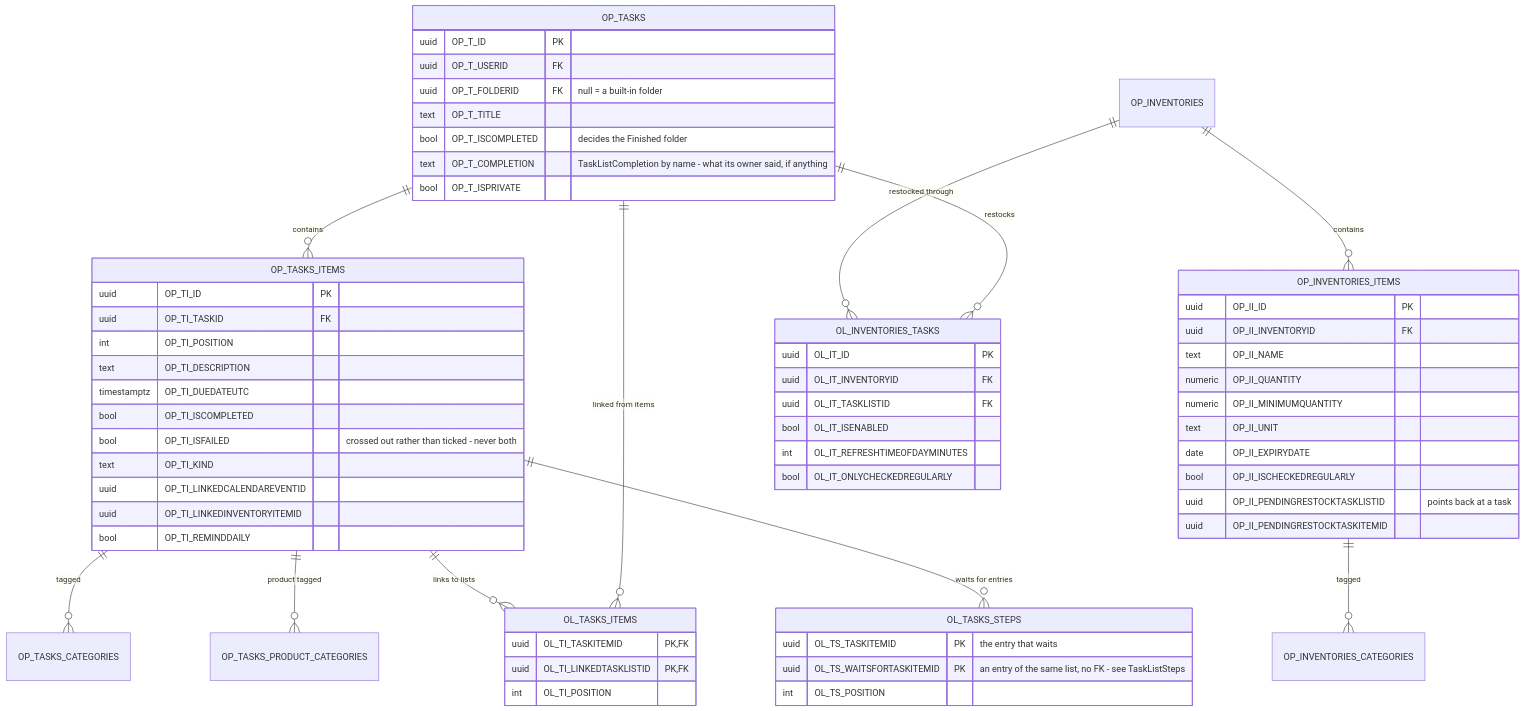
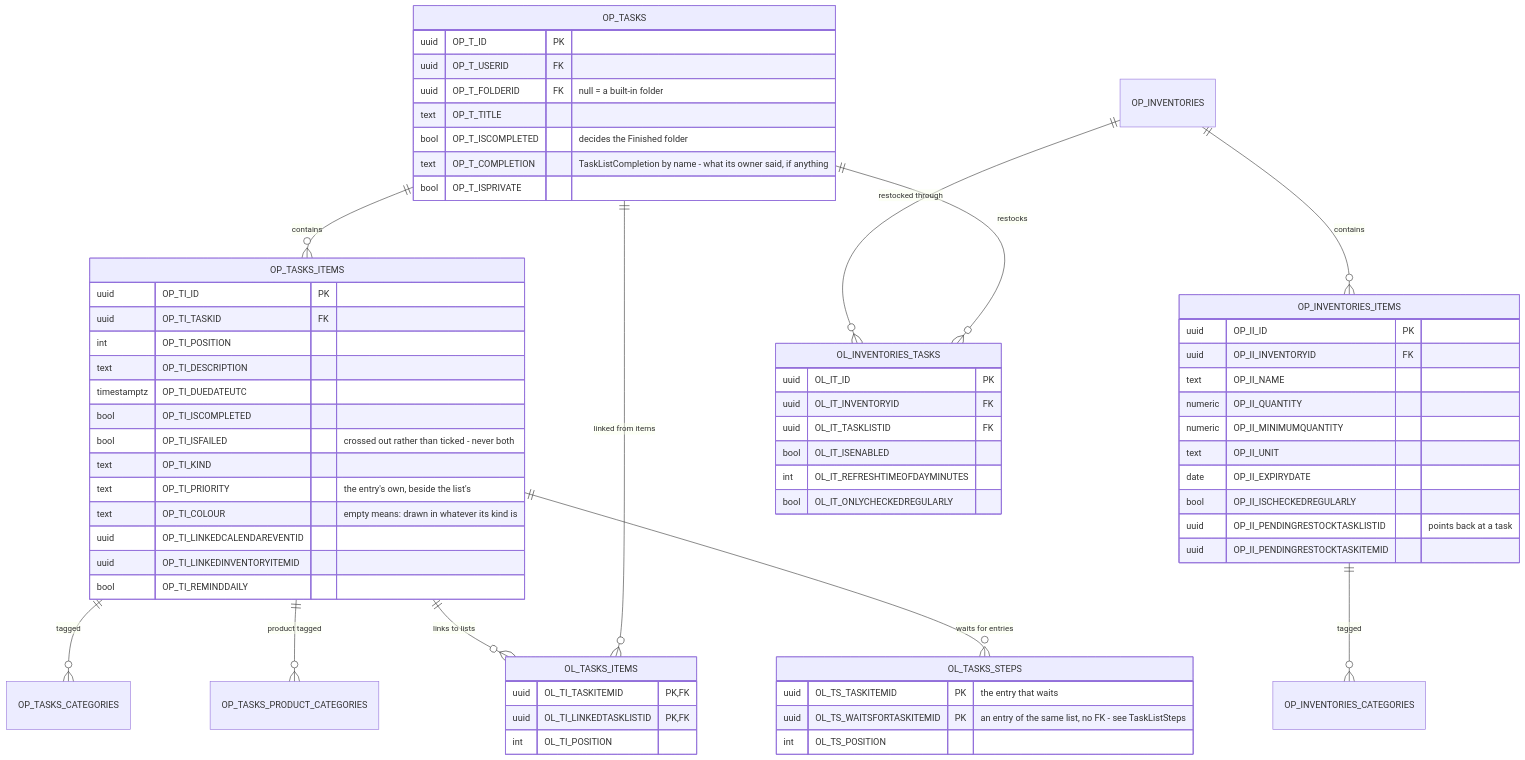
The third of 5 diagrams in info/uml/database.md (NorArax-NeflinOwl/orbit), drawn with Mermaid before and after one commit. The commit also changed 16 other files, not shown here.

First line of the commit message:
Give a task entry a priority and a colour of its own

````diff
--- a/info/uml/database.md
+++ b/info/uml/database.md
@@ -165,66 +165,68 @@
 ```mermaid
 erDiagram
     OP_TASKS ||--o{ OP_TASKS_ITEMS : contains
     OP_TASKS_ITEMS ||--o{ OP_TASKS_CATEGORIES : "tagged"
     OP_TASKS_ITEMS ||--o{ OP_TASKS_PRODUCT_CATEGORIES : "product tagged"
     OP_TASKS_ITEMS ||--o{ OL_TASKS_ITEMS : "links to lists"
     OP_TASKS_ITEMS ||--o{ OL_TASKS_STEPS : "waits for entries"
     OP_TASKS ||--o{ OL_TASKS_ITEMS : "linked from items"
     OP_INVENTORIES ||--o{ OP_INVENTORIES_ITEMS : contains
     OP_INVENTORIES_ITEMS ||--o{ OP_INVENTORIES_CATEGORIES : "tagged"
     OP_INVENTORIES ||--o{ OL_INVENTORIES_TASKS : "restocked through"
     OP_TASKS ||--o{ OL_INVENTORIES_TASKS : "restocks"
 
     OP_TASKS {
         uuid OP_T_ID PK
         uuid OP_T_USERID FK
         uuid OP_T_FOLDERID FK "null = a built-in folder"
         text OP_T_TITLE
         bool OP_T_ISCOMPLETED "decides the Finished folder"
         text OP_T_COMPLETION "TaskListCompletion by name - what its owner said, if anything"
         bool OP_T_ISPRIVATE
     }
     OP_TASKS_ITEMS {
         uuid OP_TI_ID PK
         uuid OP_TI_TASKID FK
         int OP_TI_POSITION
         text OP_TI_DESCRIPTION
         timestamptz OP_TI_DUEDATEUTC
         bool OP_TI_ISCOMPLETED
         bool OP_TI_ISFAILED "crossed out rather than ticked - never both"
         text OP_TI_KIND
+        text OP_TI_PRIORITY "the entry's own, beside the list's"
+        text OP_TI_COLOUR "empty means: drawn in whatever its kind is"
         uuid OP_TI_LINKEDCALENDAREVENTID
         uuid OP_TI_LINKEDINVENTORYITEMID
         bool OP_TI_REMINDDAILY
     }
     OL_TASKS_STEPS {
         uuid OL_TS_TASKITEMID PK "the entry that waits"
         uuid OL_TS_WAITSFORTASKITEMID PK "an entry of the same list, no FK - see TaskListSteps"
         int OL_TS_POSITION
     }
     OP_INVENTORIES_ITEMS {
         uuid OP_II_ID PK
         uuid OP_II_INVENTORYID FK
         text OP_II_NAME
         numeric OP_II_QUANTITY
         numeric OP_II_MINIMUMQUANTITY
         text OP_II_UNIT
         date OP_II_EXPIRYDATE
         bool OP_II_ISCHECKEDREGULARLY
         uuid OP_II_PENDINGRESTOCKTASKLISTID "points back at a task"
         uuid OP_II_PENDINGRESTOCKTASKITEMID
     }
     OL_INVENTORIES_TASKS {
         uuid OL_IT_ID PK
         uuid OL_IT_INVENTORYID FK
         uuid OL_IT_TASKLISTID FK
         bool OL_IT_ISENABLED
         int OL_IT_REFRESHTIMEOFDAYMINUTES
         bool OL_IT_ONLYCHECKEDREGULARLY
     }
     OL_TASKS_ITEMS {
         uuid OL_TI_TASKITEMID PK,FK
         uuid OL_TI_LINKEDTASKLISTID PK,FK
         int OL_TI_POSITION
     }
 ```
````
